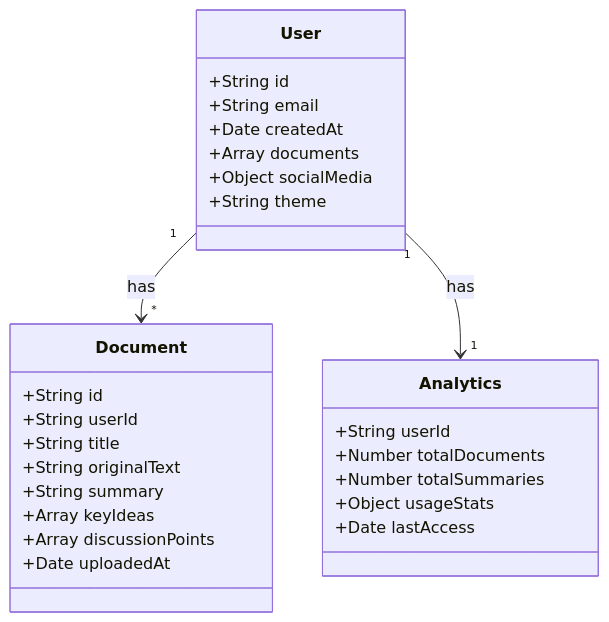
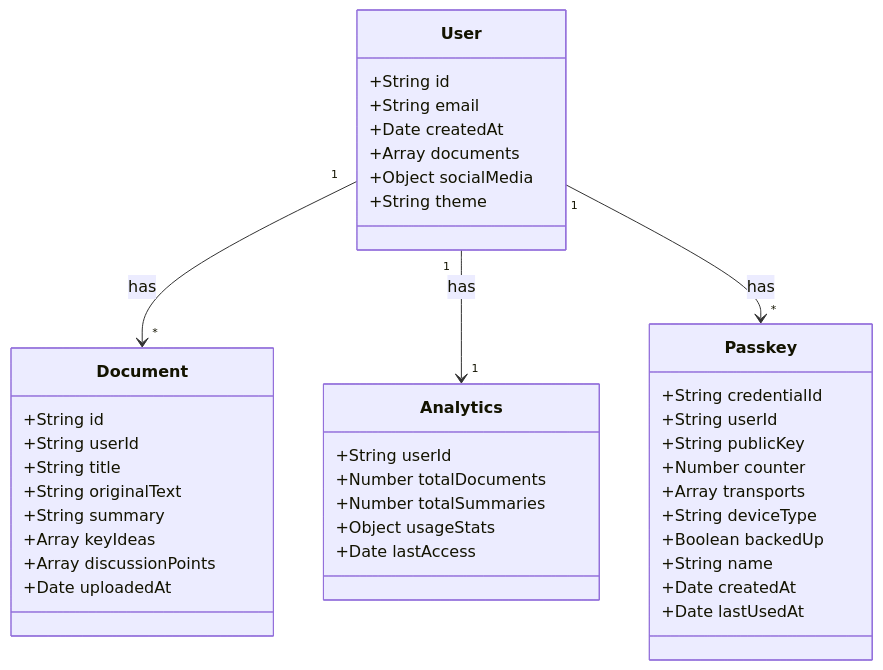
The sixth of 35 diagrams in ARCHITECTURE.md (Derek-miranda/DocuThinker-AI), drawn with Mermaid before and after one commit. The commit also changed other lines of this file and 5 other files, not shown here.

````diff
--- a/ARCHITECTURE.md
+++ b/ARCHITECTURE.md
@@ -477,33 +478,47 @@
 ```mermaid
 classDiagram
     class User {
         +String id
         +String email
         +Date createdAt
         +Array documents
         +Object socialMedia
         +String theme
     }
 
     class Document {
         +String id
         +String userId
         +String title
         +String originalText
         +String summary
         +Array keyIdeas
         +Array discussionPoints
         +Date uploadedAt
     }
 
     class Analytics {
         +String userId
         +Number totalDocuments
         +Number totalSummaries
         +Object usageStats
         +Date lastAccess
     }
 
+    class Passkey {
+        +String credentialId
+        +String userId
+        +String publicKey
+        +Number counter
+        +Array transports
+        +String deviceType
+        +Boolean backedUp
+        +String name
+        +Date createdAt
+        +Date lastUsedAt
+    }
+
     User "1" --> "*" Document : has
     User "1" --> "1" Analytics : has
+    User "1" --> "*" Passkey : has
 ```
````
